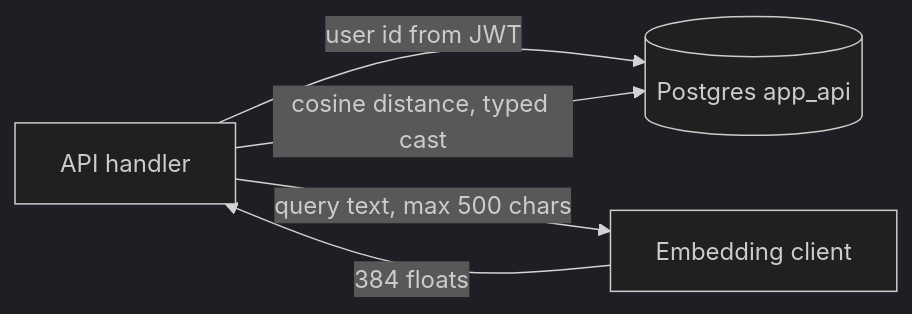
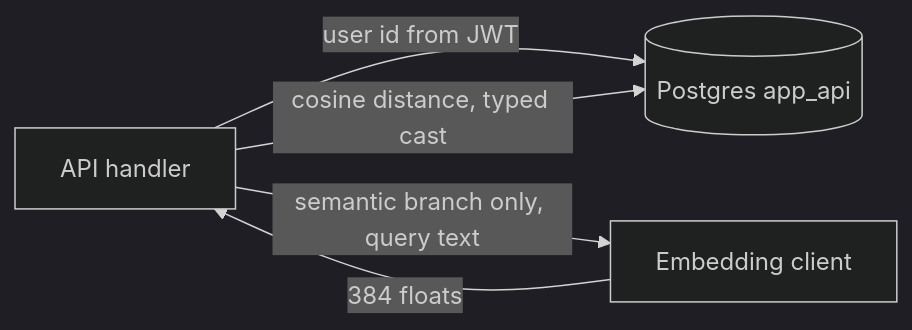
One commit to infaniti-AI/portable_skill changed the diagram in modules/pgvector-similarity-search.md. Above: the diagram before and after it, drawn with Mermaid (dark theme). The commit also changed other lines of this file and 1 other file, not shown here.

````diff
--- a/modules/pgvector-similarity-search.md
+++ b/modules/pgvector-similarity-search.md
@@ -21,10 +21,10 @@
 ```mermaid
 flowchart LR
   API[API handler]
   Embed[Embedding client]
   DB[(Postgres app_api)]
   API -->|user id from JWT| DB
-  API -->|query text, max 500 chars| Embed
+  API -->|semantic branch only, query text| Embed
   Embed -->|384 floats| API
   API -->|cosine distance, typed cast| DB
 ```
````
